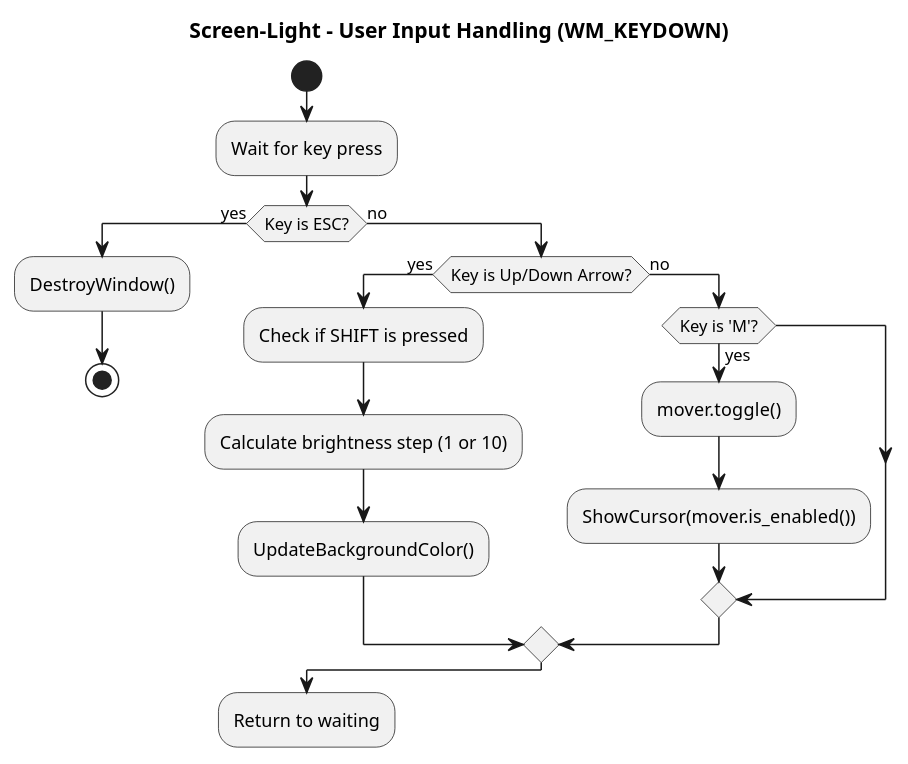
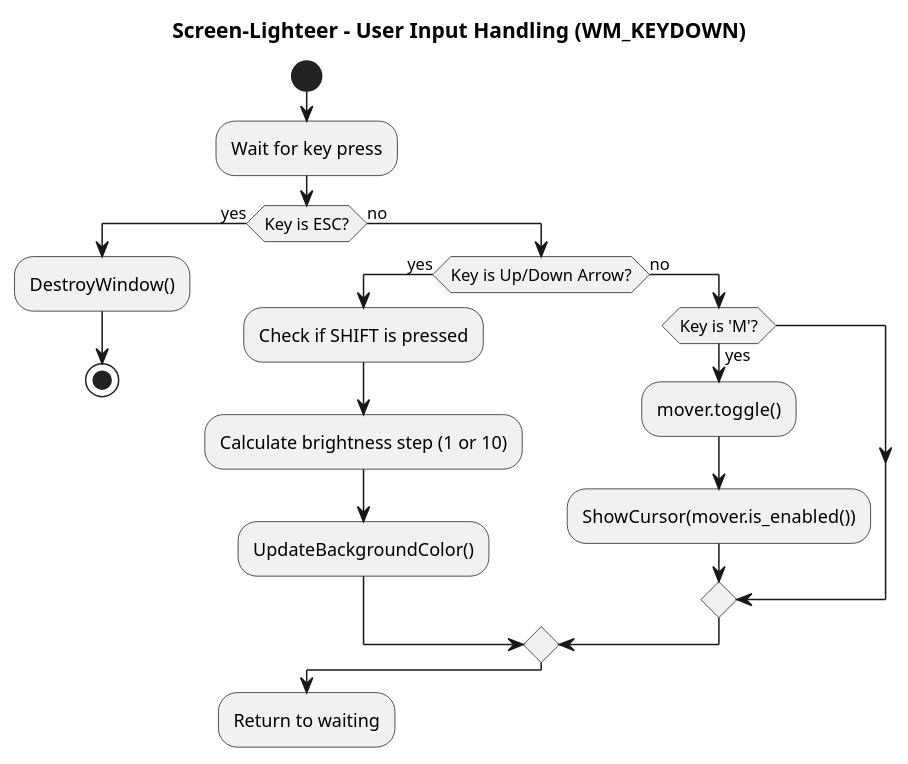
One commit to CosmicDNA/screen-light changed the diagram in diagrams/activity_input_handling.plantuml. Above: the diagram before and after it, drawn with PlantUML. The commit also changed 21 other files, not shown here.

Commit message:
:art: rebrand to Screen Lighteer.

```diff
--- a/diagrams/activity_input_handling.plantuml
+++ b/diagrams/activity_input_handling.plantuml
@@ -1,25 +1,25 @@
 @startuml
-title Screen-Light - User Input Handling (WM_KEYDOWN)
+title Screen-Lighteer - User Input Handling (WM_KEYDOWN)
 
 start
 :Wait for key press;
 
 if (Key is ESC?) then (yes)
   :DestroyWindow();
   stop
 else (no)
   if (Key is Up/Down Arrow?) then (yes)
     :Check if SHIFT is pressed;
     :Calculate brightness step (1 or 10);
     :UpdateBackgroundColor();
   else (no)
     if (Key is 'M'?) then (yes)
       :mover.toggle();
       :ShowCursor(mover.is_enabled());
     endif
   endif
 endif
 
 :Return to waiting;
 
 @enduml
```
